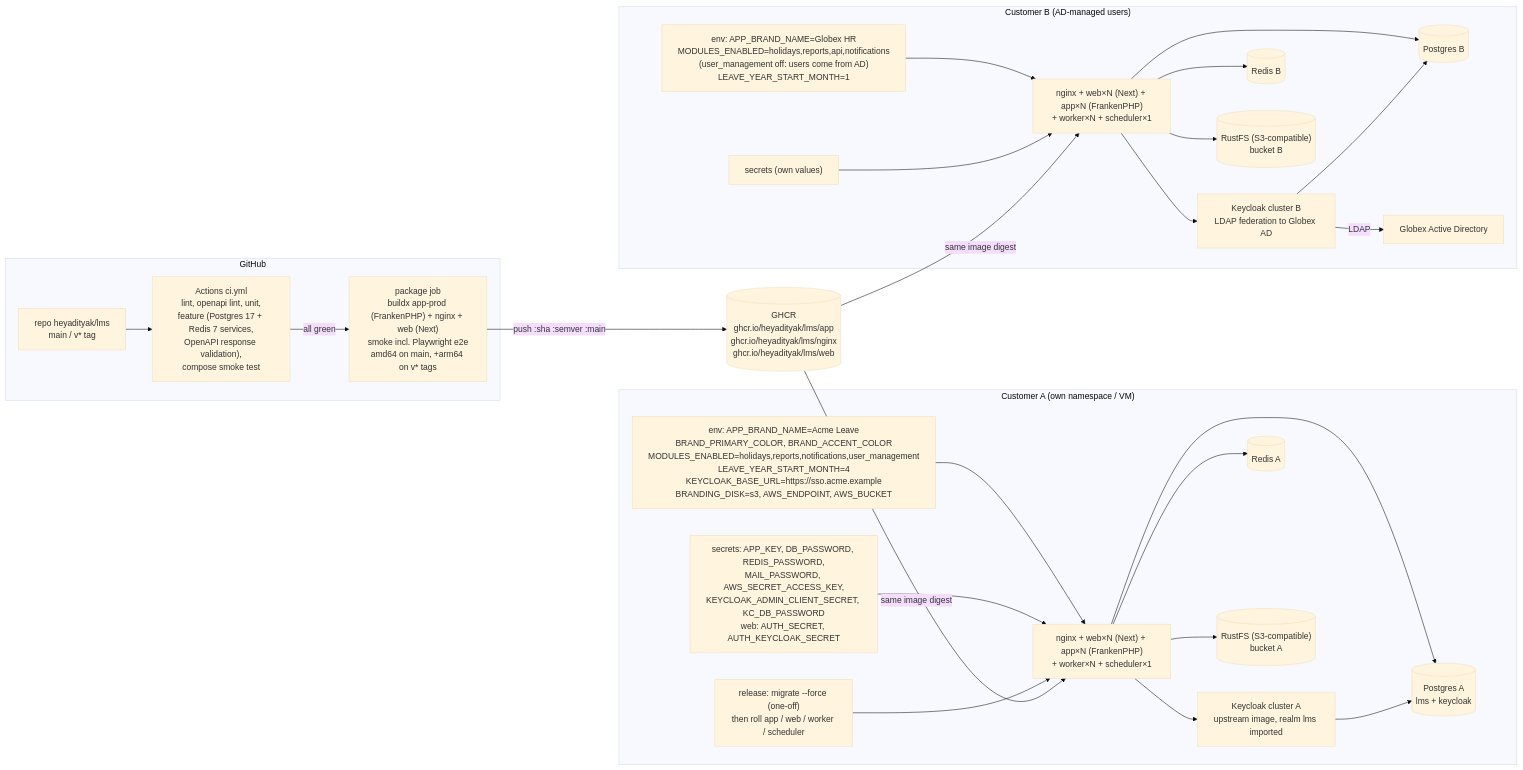
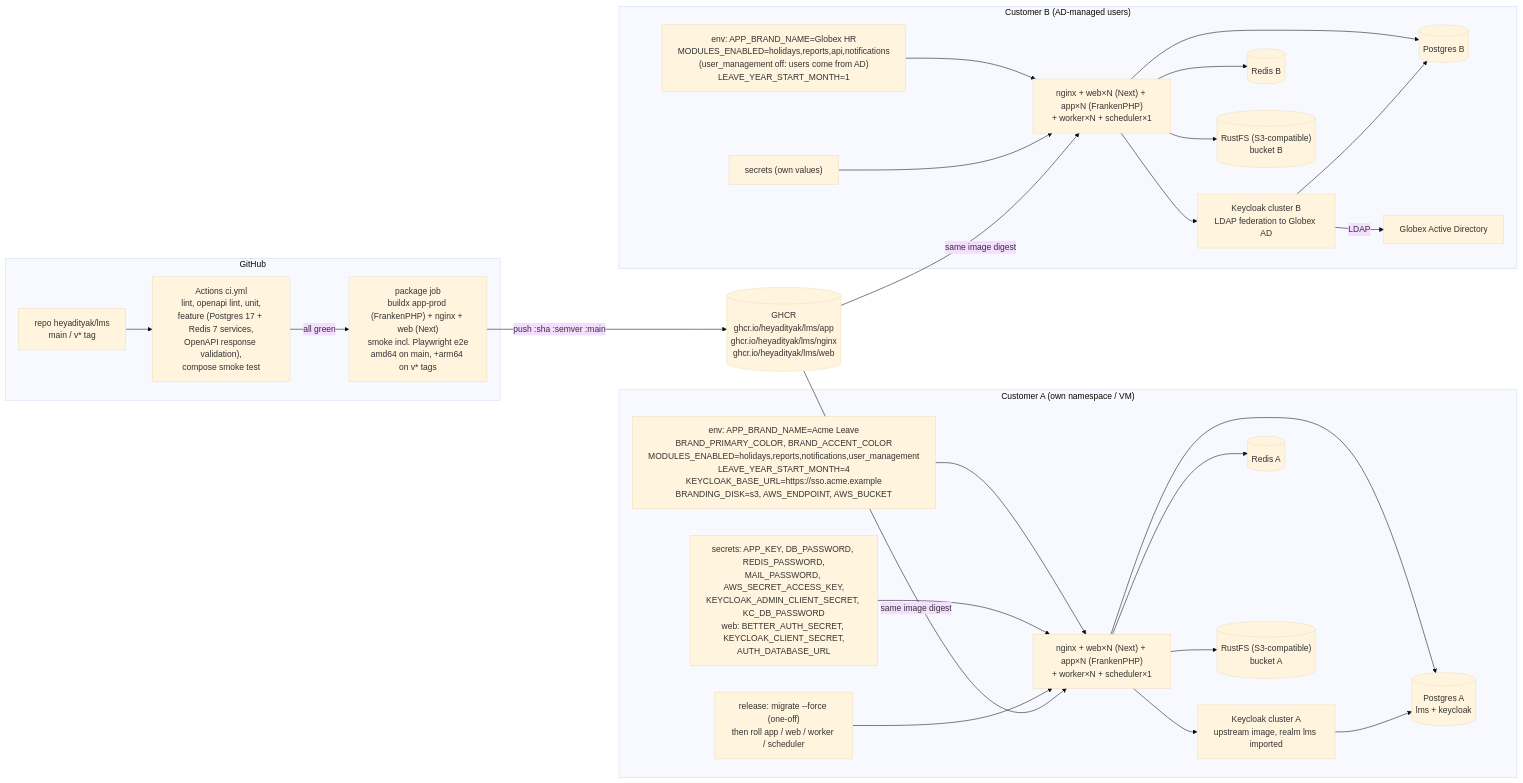
Before and after one commit to heyadityak/lms: the third of 4 diagrams in docs/diagrams/01-system-design.md, drawn with Mermaid (base theme). The commit also changed other lines of this file and 29 other files, not shown here.

First line of the commit message:
docs: Better Auth BFF + Ant Design v6 (D-45), phase-7 fix decisions (D-46)

````diff
--- a/docs/diagrams/01-system-design.md
+++ b/docs/diagrams/01-system-design.md
@@ -99,49 +100,49 @@
 ```mermaid
 flowchart LR
     subgraph gh["GitHub"]
         repo["repo heyadityak/lms<br/>main / v* tag"] --> ci["Actions ci.yml<br/>lint, openapi lint, unit,<br/>feature (Postgres 17 + Redis 7 services,<br/>OpenAPI response validation),<br/>compose smoke test"]
         ci -->|all green| pkg["package job<br/>buildx app-prod (FrankenPHP) + nginx + web (Next)<br/>smoke incl. Playwright e2e<br/>amd64 on main, +arm64 on v* tags"]
     end
     pkg -->|push :sha :semver :main| ghcr[("GHCR<br/>ghcr.io/heyadityak/lms/app<br/>ghcr.io/heyadityak/lms/nginx<br/>ghcr.io/heyadityak/lms/web")]
 
     subgraph custA["Customer A (own namespace / VM)"]
         envA["env: APP_BRAND_NAME=Acme Leave<br/>BRAND_PRIMARY_COLOR, BRAND_ACCENT_COLOR<br/>MODULES_ENABLED=holidays,reports,notifications,user_management<br/>LEAVE_YEAR_START_MONTH=4<br/>KEYCLOAK_BASE_URL=https://sso.acme.example<br/>BRANDING_DISK=s3, AWS_ENDPOINT, AWS_BUCKET"]
-        secA["secrets: APP_KEY, DB_PASSWORD, REDIS_PASSWORD,<br/>MAIL_PASSWORD, AWS_SECRET_ACCESS_KEY,<br/>KEYCLOAK_ADMIN_CLIENT_SECRET, KC_DB_PASSWORD<br/>web: AUTH_SECRET, AUTH_KEYCLOAK_SECRET"]
+        secA["secrets: APP_KEY, DB_PASSWORD, REDIS_PASSWORD,<br/>MAIL_PASSWORD, AWS_SECRET_ACCESS_KEY,<br/>KEYCLOAK_ADMIN_CLIENT_SECRET, KC_DB_PASSWORD<br/>web: BETTER_AUTH_SECRET, KEYCLOAK_CLIENT_SECRET,<br/>AUTH_DATABASE_URL"]
         relA["release: migrate --force (one-off)<br/>then roll app / web / worker / scheduler"]
         runA["nginx + web×N (Next) + app×N (FrankenPHP)<br/>+ worker×N + scheduler×1"]
         kcA["Keycloak cluster A<br/>upstream image, realm lms imported"]
         dbA[("Postgres A<br/>lms + keycloak")]
         rA[("Redis A")]
         bA[("RustFS (S3-compatible)<br/>bucket A")]
         envA --> runA
         secA --> runA
         relA --> runA
         runA --> dbA
         runA --> rA
         runA --> bA
         runA --> kcA
         kcA --> dbA
     end
 
     subgraph custB["Customer B (AD-managed users)"]
         envB["env: APP_BRAND_NAME=Globex HR<br/>MODULES_ENABLED=holidays,reports,api,notifications<br/>(user_management off: users come from AD)<br/>LEAVE_YEAR_START_MONTH=1"]
         secB["secrets (own values)"]
         runB["nginx + web×N (Next) + app×N (FrankenPHP)<br/>+ worker×N + scheduler×1"]
         kcB["Keycloak cluster B<br/>LDAP federation to Globex AD"]
         dbB[("Postgres B")]
         rB[("Redis B")]
         bB[("RustFS (S3-compatible)<br/>bucket B")]
         ad["Globex Active Directory"]
         envB --> runB
         secB --> runB
         runB --> dbB
         runB --> rB
         runB --> bB
         runB --> kcB
         kcB --> dbB
         kcB -->|LDAP| ad
     end
 
     ghcr -->|same image digest| runA
     ghcr -->|same image digest| runB
 ```
````
